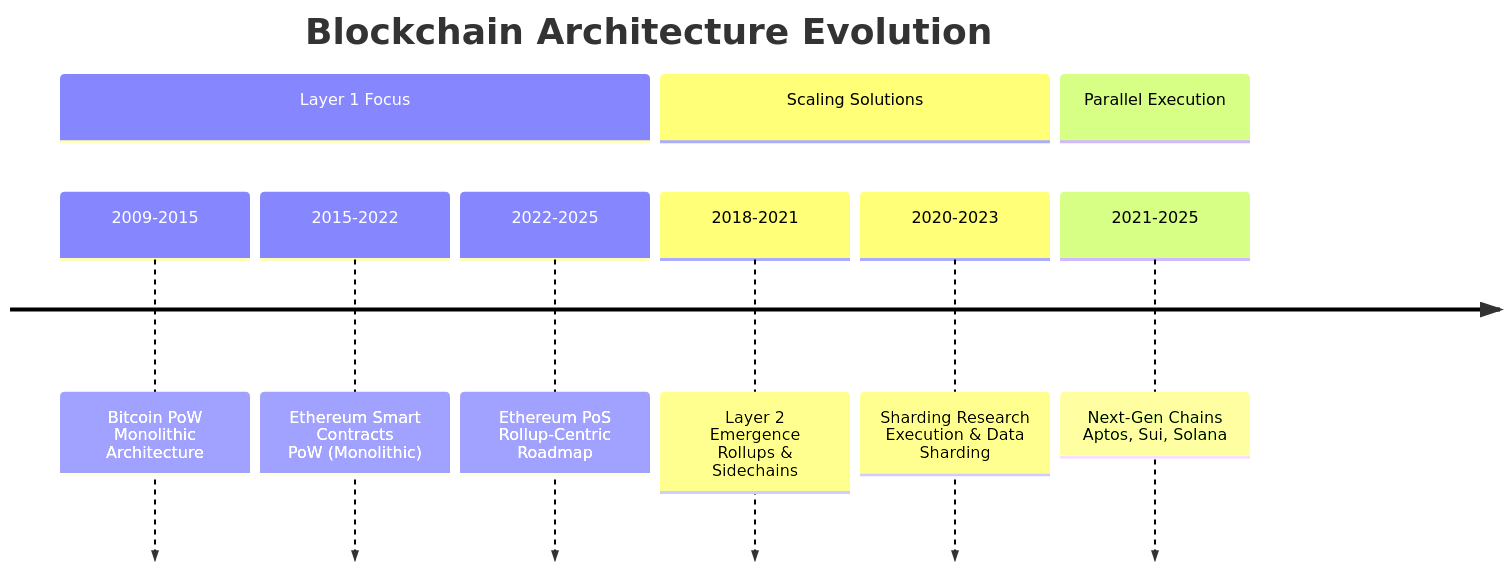
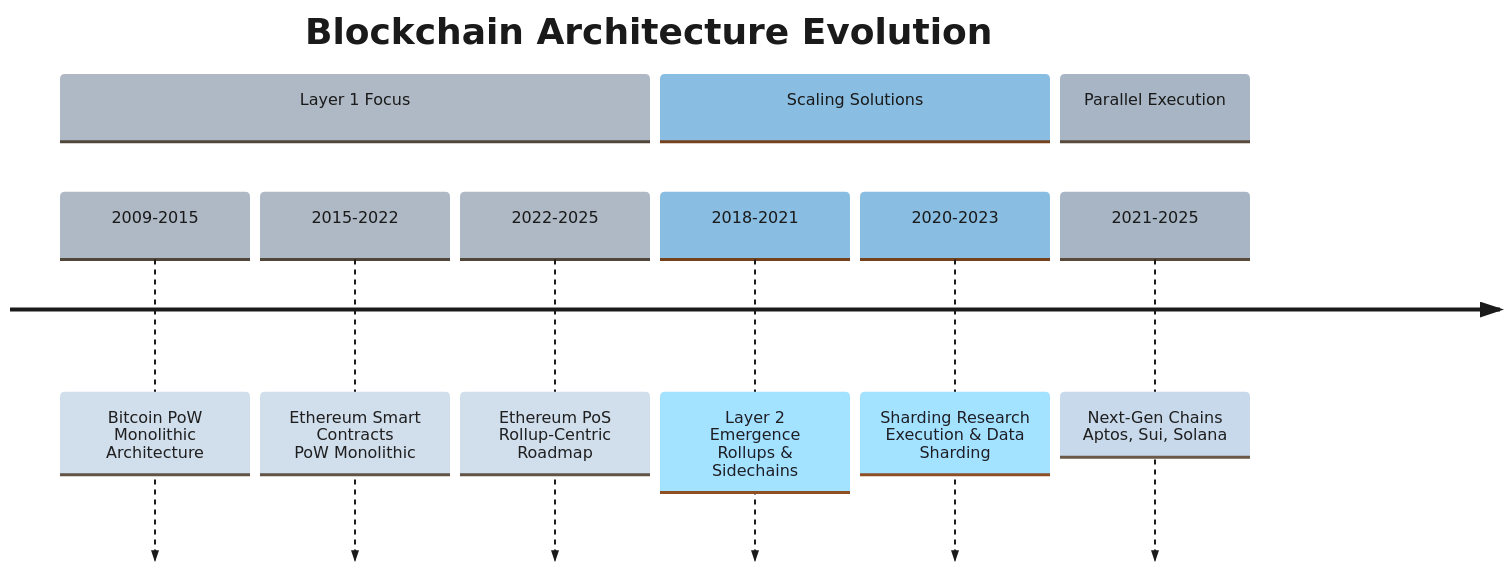
One commit to ljg-cqu/knowledge changed the fourth of 5 diagrams in Blockchain/Architecture/Investigate/2025-11-22/DeepSeek.md. Above: the diagram before and after it, drawn with Mermaid. The commit also changed other lines of this file and 9 other files, not shown here.

````diff
--- a/Blockchain/Architecture/Investigate/2025-11-22/DeepSeek.md
+++ b/Blockchain/Architecture/Investigate/2025-11-22/DeepSeek.md
@@ -105,13 +317,24 @@
 ```mermaid
+%%{init: {
+  "theme": "base",
+  "themeVariables": {
+    "primaryColor": "#f8f9fa",
+    "primaryTextColor": "#1a1a1a",
+    "primaryBorderColor": "#7a8591",
+    "lineColor": "#8897a8",
+    "secondaryColor": "#eff6fb",
+    "tertiaryColor": "#f3f5f7"
+  }
+}}%%
 timeline
     title Blockchain Architecture Evolution
     section Layer 1 Focus
       2009-2015 : Bitcoin PoW<br>Monolithic Architecture
-      2015-2022 : Ethereum Smart Contracts<br>PoW (Monolithic)
+      2015-2022 : Ethereum Smart Contracts<br>PoW Monolithic
       2022-2025 : Ethereum PoS<br>Rollup-Centric Roadmap
     section Scaling Solutions  
       2018-2021 : Layer 2 Emergence<br>Rollups & Sidechains
       2020-2023 : Sharding Research<br>Execution & Data Sharding
     section Parallel Execution
       2021-2025 : Next-Gen Chains<br>Aptos, Sui, Solana
 ```
````
